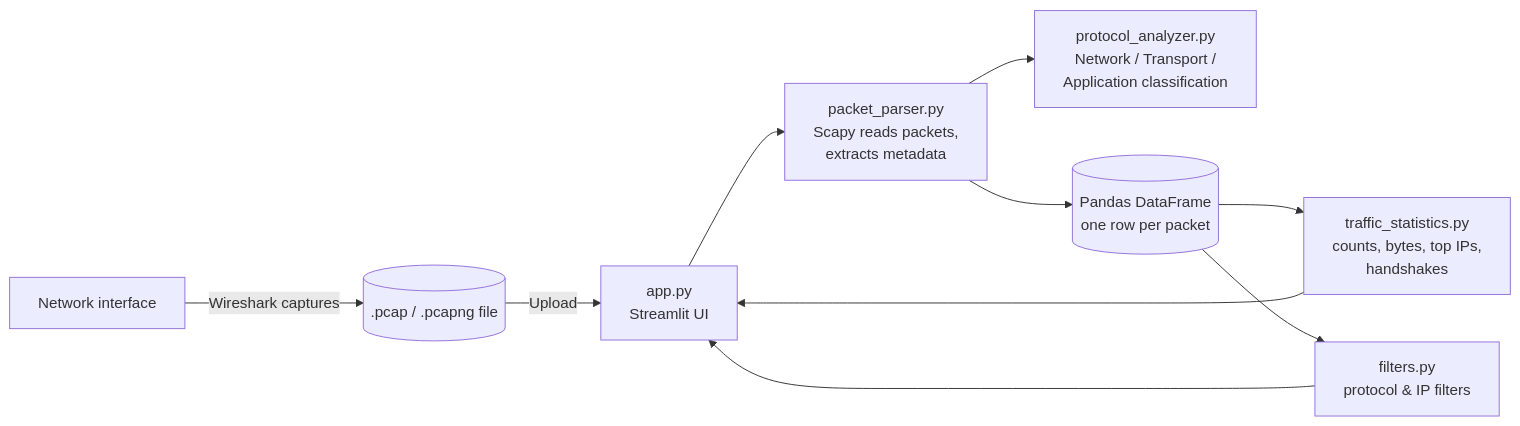
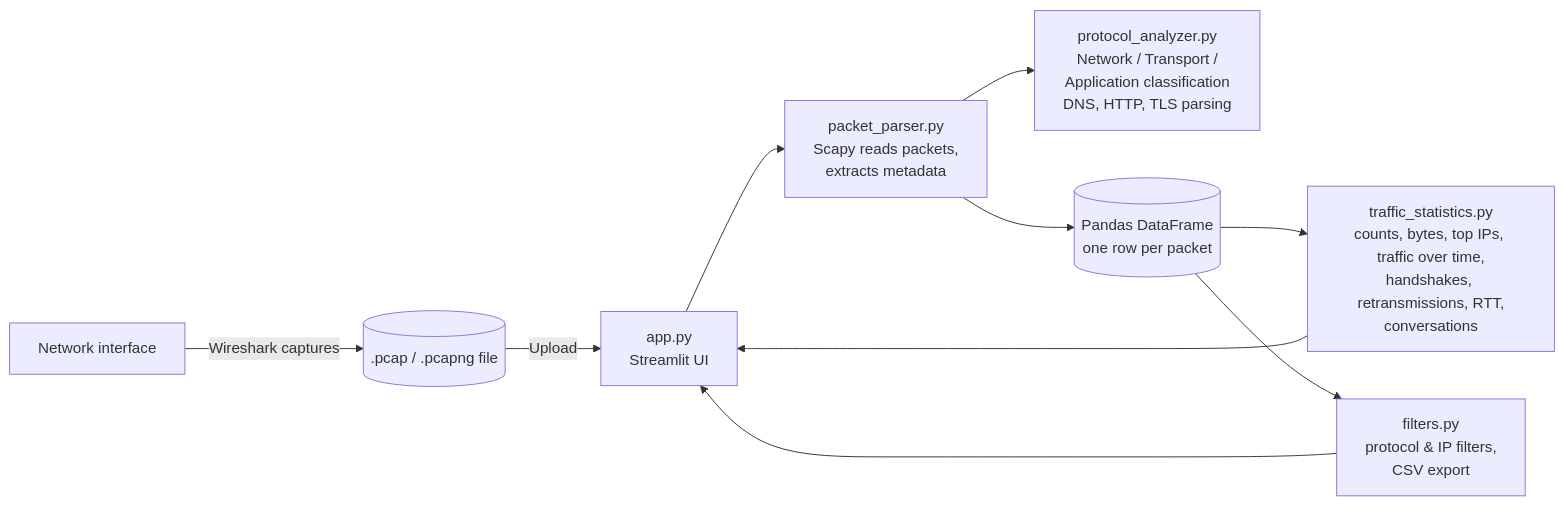
The diagram in README.md (anshika-006/cn-project), drawn with Mermaid before and after one commit. The commit also changed other lines of this file and 47 other files, not shown here.

````diff
--- a/README.md
+++ b/README.md
@@ -48,12 +50,12 @@
 ```mermaid
 flowchart LR
     A[Network interface] -->|Wireshark captures| B[(.pcap / .pcapng file)]
     B -->|Upload| C[app.py<br/>Streamlit UI]
     C --> D[packet_parser.py<br/>Scapy reads packets,<br/>extracts metadata]
-    D --> E[protocol_analyzer.py<br/>Network / Transport /<br/>Application classification]
+    D --> E[protocol_analyzer.py<br/>Network / Transport /<br/>Application classification<br/>DNS, HTTP, TLS parsing]
     D --> F[(Pandas DataFrame<br/>one row per packet)]
-    F --> G[traffic_statistics.py<br/>counts, bytes, top IPs,<br/>handshakes]
-    F --> H[filters.py<br/>protocol & IP filters]
+    F --> G[traffic_statistics.py<br/>counts, bytes, top IPs, traffic over time,<br/>handshakes, retransmissions, RTT,<br/>conversations]
+    F --> H[filters.py<br/>protocol & IP filters,<br/>CSV export]
     G --> C
     H --> C
 ```
````
